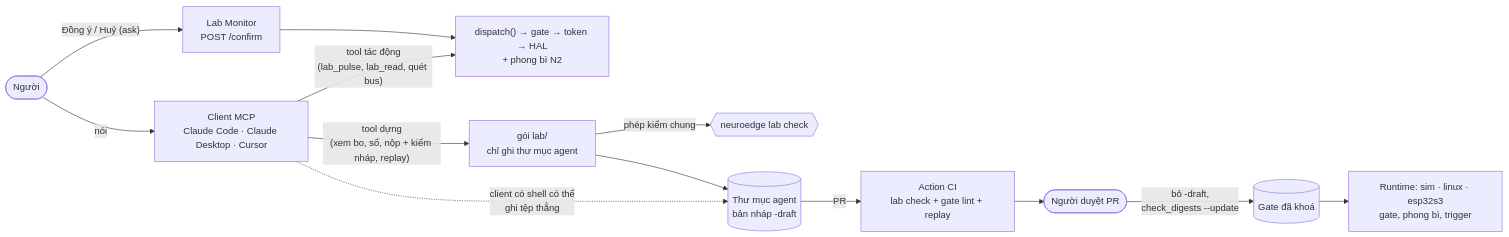
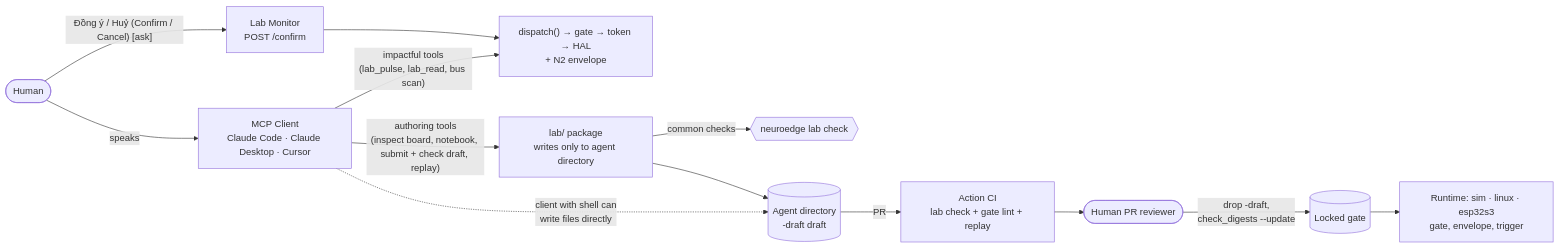
One commit to letrongminh/neuroedge-init changed the diagram in docs/spec/lab_mcp.md. Above: the diagram before and after it, drawn with Mermaid. The commit also changed other lines of this file and 20 other files, not shown here.

Commit message:
docs in English: roadmap, CHANGELOG, CONTRIBUTING, CLAUDE.md, README, release, architecture 06-16, remaining spec; PRD sections 1-8

````diff
--- a/docs/spec/lab_mcp.md
+++ b/docs/spec/lab_mcp.md
@@ -98,15 +91,15 @@
 ```mermaid
 flowchart LR
-    U([Người]) -- nói --> C[Client MCP<br/>Claude Code · Claude Desktop · Cursor]
-    C -- "tool tác động<br/>(lab_pulse, lab_read, quét bus)" --> D["dispatch() → gate → token → HAL<br/>+ phong bì N2"]
-    C -- "tool dựng<br/>(xem bo, sổ, nộp + kiểm nháp, replay)" --> L["gói lab/<br/>chỉ ghi thư mục agent"]
-    L -- "phép kiểm chung" --> K{{neuroedge lab check}}
-    C -. "client có shell có thể<br/>ghi tệp thẳng" .-> F[(Thư mục agent<br/>bản nháp -draft)]
+    U([Human]) -- speaks --> C[MCP Client<br/>Claude Code · Claude Desktop · Cursor]
+    C -- "impactful tools<br/>(lab_pulse, lab_read, bus scan)" --> D["dispatch() → gate → token → HAL<br/>+ N2 envelope"]
+    C -- "authoring tools<br/>(inspect board, notebook, submit + check draft, replay)" --> L["lab/ package<br/>writes only to agent directory"]
+    L -- "common checks" --> K{{neuroedge lab check}}
+    C -. "client with shell can<br/>write files directly" .-> F[(Agent directory<br/>-draft draft)]
     L --> F
     F -- PR --> CI["Action CI<br/>lab check + gate lint + replay"]
-    CI --> R([Người duyệt PR])
-    R -- "bỏ -draft,<br/>check_digests --update" --> G[(Gate đã khoá)]
-    G --> RT["Runtime: sim · linux · esp32s3<br/>gate, phong bì, trigger"]
-    U -- "Đồng ý / Huỷ (ask)" --> M[Lab Monitor<br/>POST /confirm]
+    CI --> R([Human PR reviewer])
+    R -- "drop -draft,<br/>check_digests --update" --> G[(Locked gate)]
+    G --> RT["Runtime: sim · linux · esp32s3<br/>gate, envelope, trigger"]
+    U -- "Đồng ý / Huỷ (Confirm / Cancel) [ask]" --> M[Lab Monitor<br/>POST /confirm]
     M --> D
 ```
````
